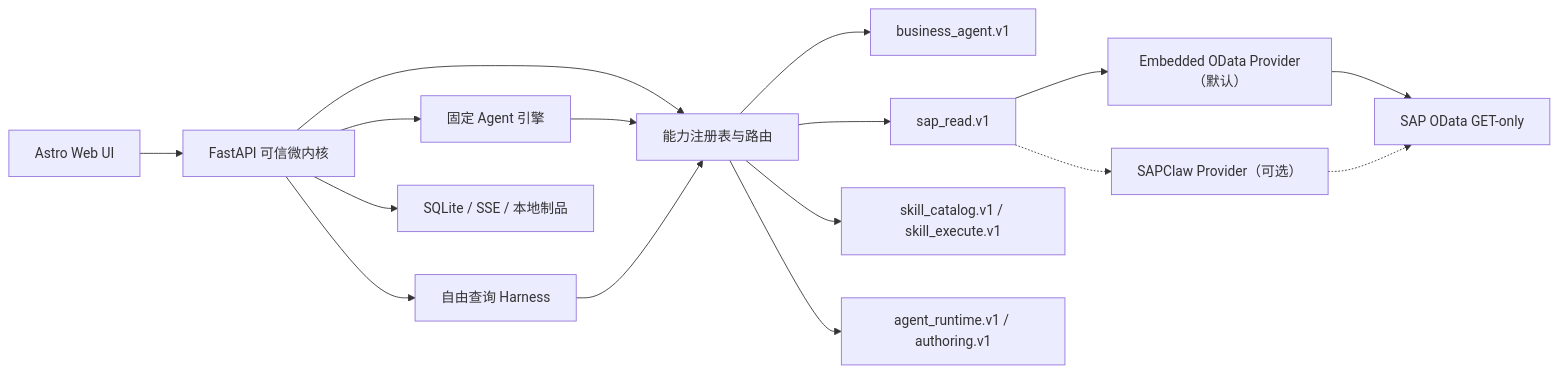
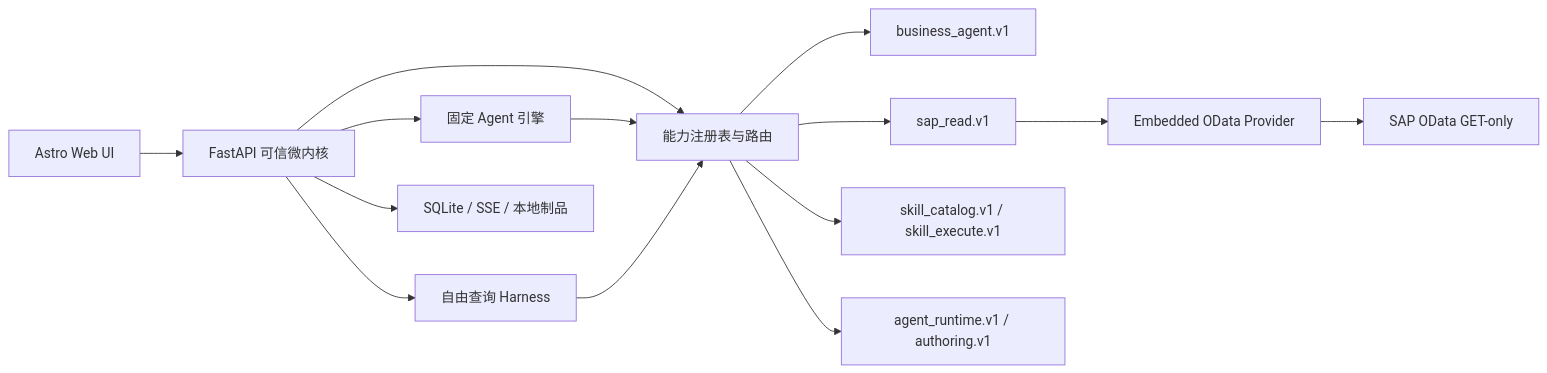
The diagram in README.md (yin-wen-bin/SAPBusinessAgents), drawn with Mermaid before and after one commit. The commit also changed other lines of this file and 116 other files, not shown here.

Commit message:
Remove SAPClaw integration and finalize embedded workflows

````diff
--- a/README.md
+++ b/README.md
@@ -99,18 +99,16 @@
 ```mermaid
 flowchart LR
     UI["Astro Web UI"] --> CORE["FastAPI 可信微内核"]
     CORE --> FIXED["固定 Agent 引擎"]
     CORE --> FREE["自由查询 Harness"]
     CORE --> BROKER["能力注册表与路由"]
     BROKER --> AGENT["business_agent.v1"]
     BROKER --> SAPREAD["sap_read.v1"]
     BROKER --> SKILL["skill_catalog.v1 / skill_execute.v1"]
     BROKER --> CODEX["agent_runtime.v1 / authoring.v1"]
     FIXED --> BROKER
     FREE --> BROKER
     CORE --> DB["SQLite / SSE / 本地制品"]
-    SAPREAD --> EMBEDDED["Embedded OData Provider（默认）"]
-    SAPREAD -.-> CLAW["SAPClaw Provider（可选）"]
+    SAPREAD --> EMBEDDED["Embedded OData Provider"]
     EMBEDDED --> SAP["SAP OData GET-only"]
-    CLAW -.-> SAP
 ```
````
